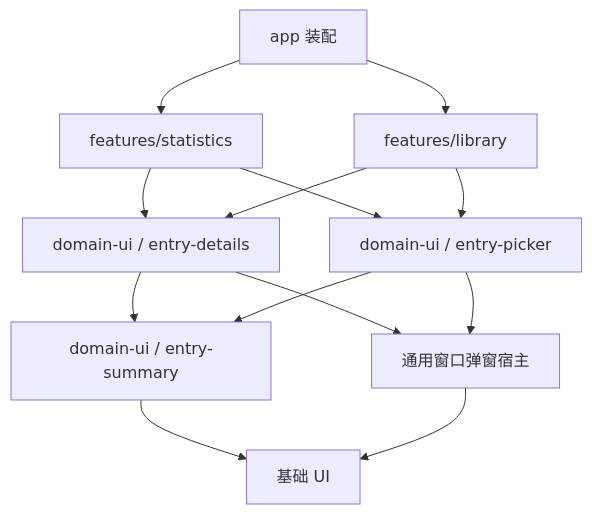
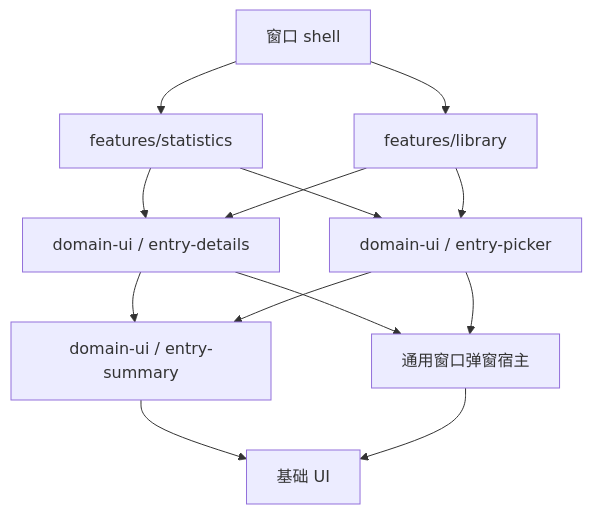
Before and after one commit to ximu3/kisaki-dev: the diagram in refactor/design/ui/components.md, drawn with Mermaid. The commit also changed other lines of this file and 46 other files, not shown here.

````diff
--- a/refactor/design/ui/components.md
+++ b/refactor/design/ui/components.md
@@ -55,23 +55,23 @@
 ```mermaid
 flowchart TD
-  APP["app 装配"]
+  SHELL["窗口 shell"]
   STATS["features/statistics"]
   LIB["features/library"]
   DETAILS["domain-ui / entry-details"]
   PICK["domain-ui / entry-picker"]
   SUMMARY["domain-ui / entry-summary"]
   HOST["通用窗口弹窗宿主"]
   BASEUI["基础 UI"]
-  APP --> STATS
-  APP --> LIB
+  SHELL --> STATS
+  SHELL --> LIB
   STATS --> DETAILS
   STATS --> PICK
   LIB --> DETAILS
   LIB --> PICK
   DETAILS --> SUMMARY
   PICK --> SUMMARY
   DETAILS --> HOST
   PICK --> HOST
   SUMMARY --> BASEUI
   HOST --> BASEUI
 ```
````
